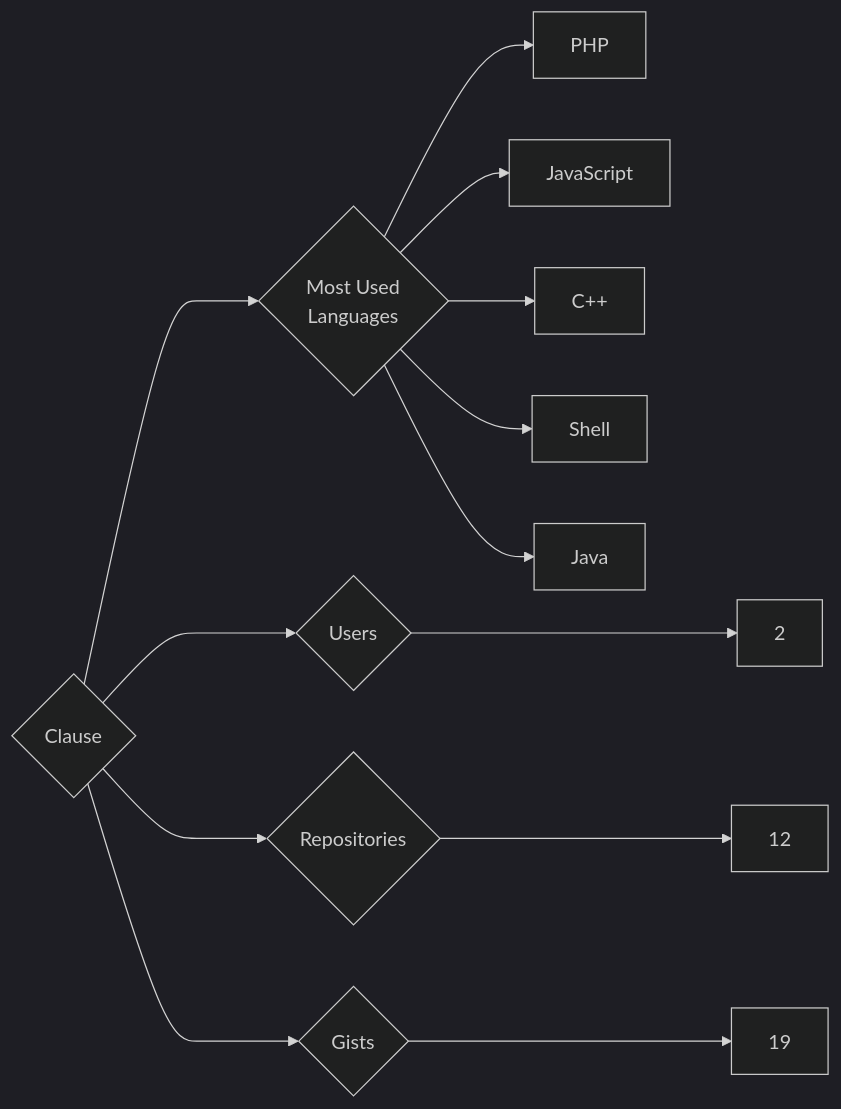
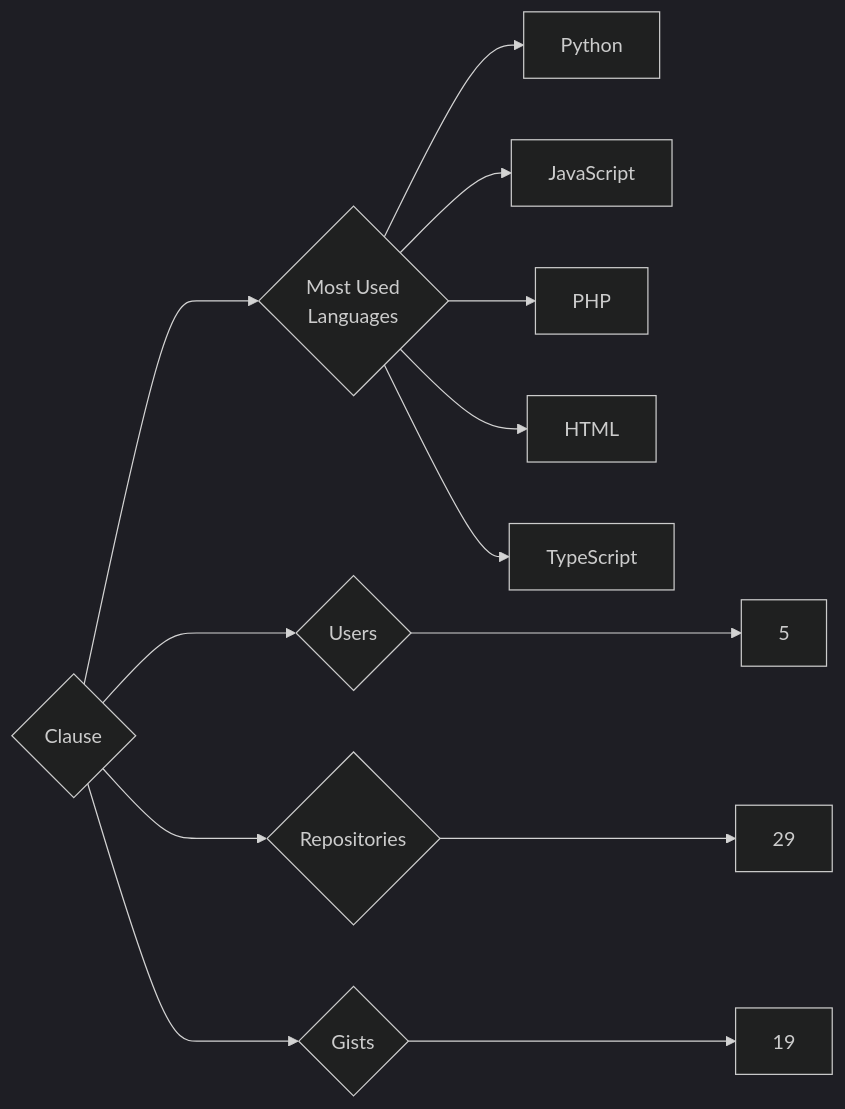
One commit to trickest/insiders changed the diagram in targets/Clause/README.md. Above: the diagram before and after it, drawn with Mermaid (dark theme). The commit also changed 924 other files, not shown here.

````diff
--- a/targets/Clause/README.md
+++ b/targets/Clause/README.md
@@ -3,13 +3,13 @@
 ```mermaid
 graph LR
 COMPANY_NAME{Clause}
-COMPANY_NAME ---> U{Users} ---> UN[2]
-COMPANY_NAME ---> R{Repositories} ---> RN[12]
+COMPANY_NAME ---> U{Users} ---> UN[5]
+COMPANY_NAME ---> R{Repositories} ---> RN[29]
 COMPANY_NAME ---> G{Gists} ---> GN[19]
 COMPANY_NAME ---> ML{Most Used<br>Languages}
+ML --> Python[Python]
+ML --> JavaScript[JavaScript]
 ML --> PHP[PHP]
-ML --> JavaScript[JavaScript]
-ML --> C++[C++]
-ML --> Shell[Shell]
-ML --> Java[Java]
+ML --> HTML[HTML]
+ML --> TypeScript[TypeScript]
 ```
````
